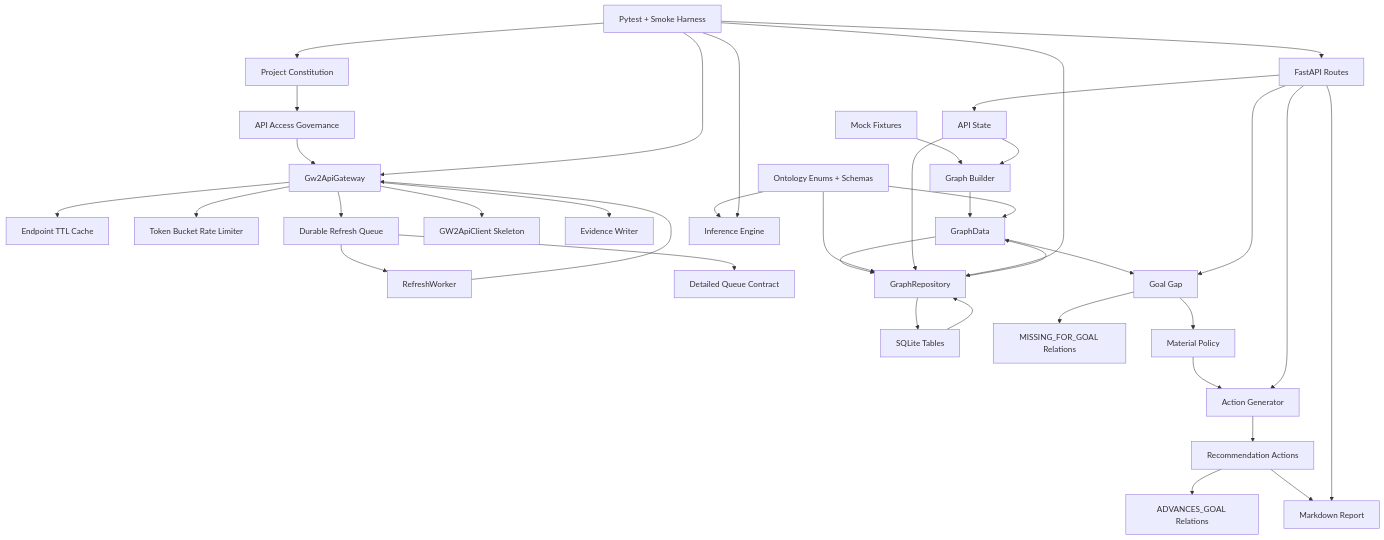
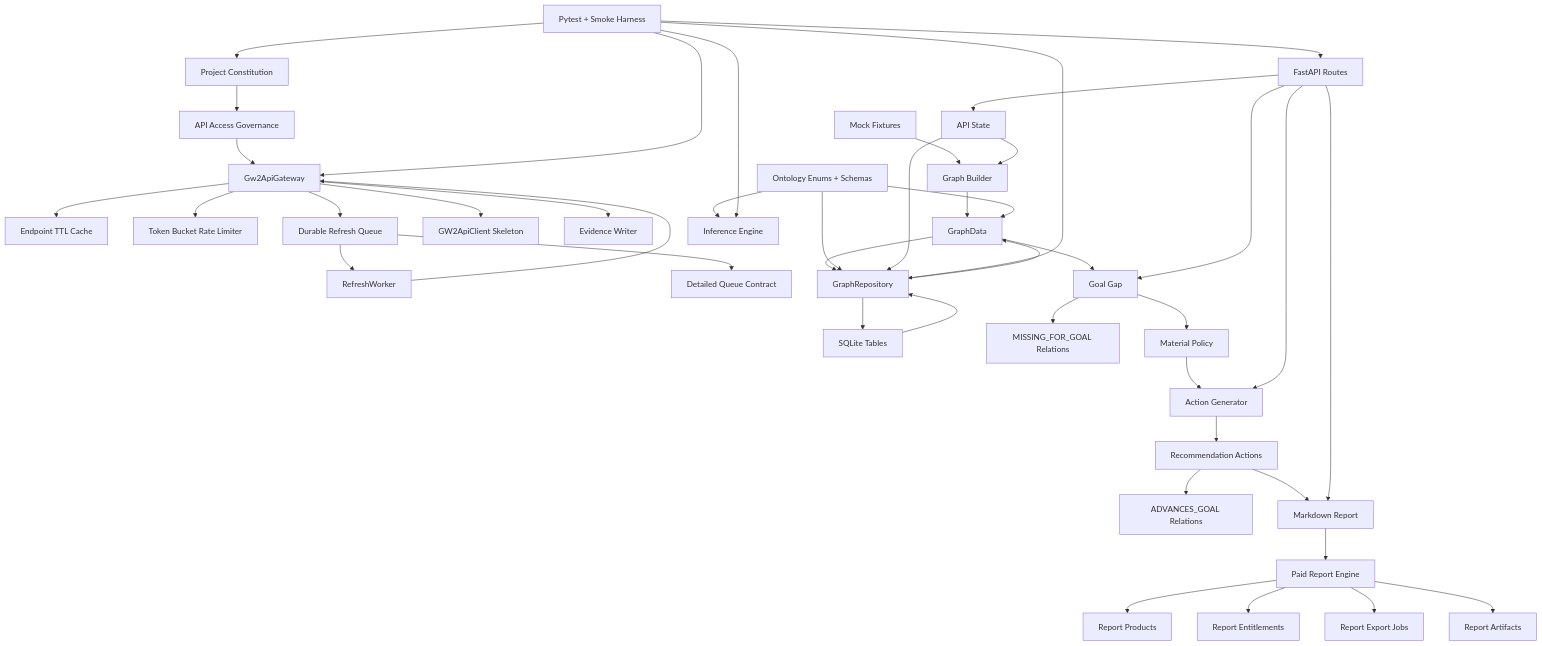
One commit to johnslee1207-commits/gw2radar changed the diagram in docs/analysis/CODE_SPECTRUM_AND_SEMANTIC_GRAPH.md. Above: the diagram before and after it, drawn with Mermaid. The commit also changed other lines of this file and 17 other files, not shown here.

Commit message:
Add paid report engine

````diff
--- a/docs/analysis/CODE_SPECTRUM_AND_SEMANTIC_GRAPH.md
+++ b/docs/analysis/CODE_SPECTRUM_AND_SEMANTIC_GRAPH.md
@@ -59,45 +59,50 @@
 ```mermaid
 flowchart TD
   Constitution["Project Constitution"] --> Governance["API Access Governance"]
   Governance --> Gateway["Gw2ApiGateway"]
   Gateway --> Cache["Endpoint TTL Cache"]
   Gateway --> Limiter["Token Bucket Rate Limiter"]
   Gateway --> Queue["Durable Refresh Queue"]
   Gateway --> Client["GW2ApiClient Skeleton"]
   Gateway --> EvidenceWriter["Evidence Writer"]
   Queue --> RefreshWorker["RefreshWorker"]
   Queue --> QueueContract["Detailed Queue Contract"]
   RefreshWorker --> Gateway
 
   Fixtures["Mock Fixtures"] --> GraphBuilder["Graph Builder"]
   GraphBuilder --> GraphData["GraphData"]
   GraphData --> Repository["GraphRepository"]
   Repository --> SQLite["SQLite Tables"]
   SQLite --> Repository
   Repository --> GraphData
 
   Ontology["Ontology Enums + Schemas"] --> GraphData
   Ontology --> Repository
   Ontology --> Inference["Inference Engine"]
 
   GraphData --> GoalGap["Goal Gap"]
   GoalGap --> MissingRelations["MISSING_FOR_GOAL Relations"]
   GoalGap --> MaterialPolicy["Material Policy"]
   MaterialPolicy --> ActionGen["Action Generator"]
   ActionGen --> Actions["Recommendation Actions"]
   Actions --> AdvancesRelations["ADVANCES_GOAL Relations"]
   Actions --> Report["Markdown Report"]
+  Report --> PaidReportEngine["Paid Report Engine"]
+  PaidReportEngine --> Products["Report Products"]
+  PaidReportEngine --> Entitlements["Report Entitlements"]
+  PaidReportEngine --> Jobs["Report Export Jobs"]
+  PaidReportEngine --> Artifacts["Report Artifacts"]
 
   API["FastAPI Routes"] --> GraphState["API State"]
   GraphState --> Repository
   GraphState --> GraphBuilder
   API --> GoalGap
   API --> ActionGen
   API --> Report
 
   Tests["Pytest + Smoke Harness"] --> API
   Tests --> Inference
   Tests --> Gateway
   Tests --> Repository
   Tests --> Constitution
 ```
````
